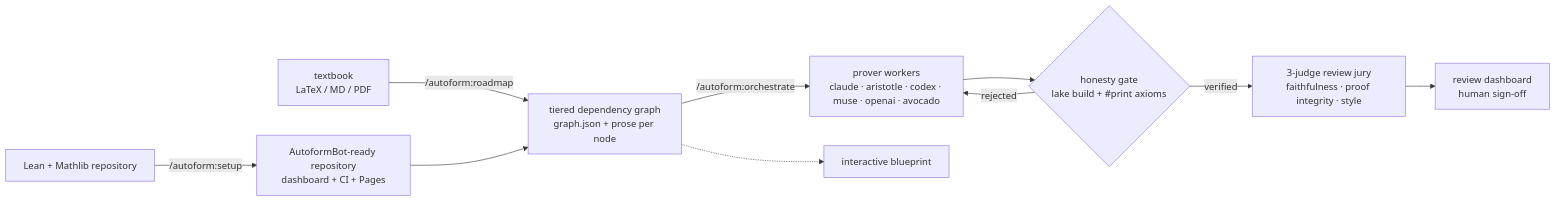
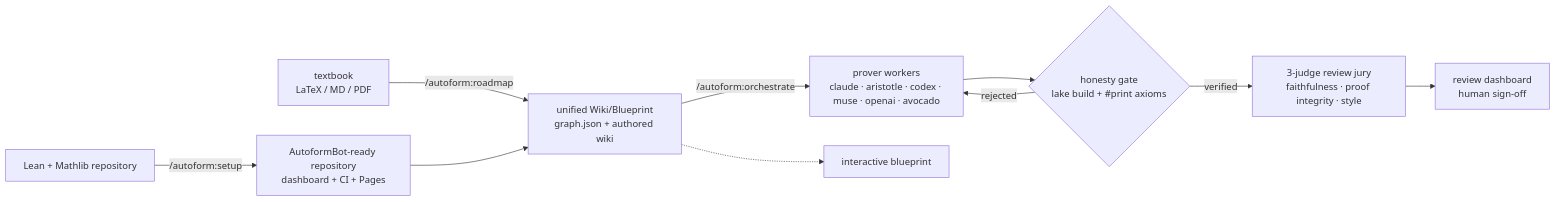
Before and after one commit to VivienCabannes/autoform-bot: the first of 2 diagrams in README.md, drawn with Mermaid. The commit also changed other lines of this file and 40 other files, not shown here.

Commit message:
feat: unify graph and wiki blueprint state

````diff
--- a/README.md
+++ b/README.md
@@ -24,12 +24,12 @@
 ```mermaid
 flowchart LR
     A[Lean + Mathlib repository] -->|/autoform:setup| R[AutoformBot-ready repository<br/>dashboard + CI + Pages]
-    S[textbook<br/>LaTeX / MD / PDF] -->|/autoform:roadmap| B[tiered dependency graph<br/>graph.json + prose per node]
+    S[textbook<br/>LaTeX / MD / PDF] -->|/autoform:roadmap| B[unified Wiki/Blueprint<br/>graph.json + authored wiki]
     R --> B
     B -->|/autoform:orchestrate| C[prover workers<br/>claude · aristotle · codex · muse · openai · avocado]
     C --> D{honesty gate<br/>lake build + #print axioms}
     D -->|rejected| C
     D -->|verified| E[3-judge review jury<br/>faithfulness · proof integrity · style]
     E --> F[review dashboard<br/>human sign-off]
     B -.-> G[interactive blueprint]
 ```
````
